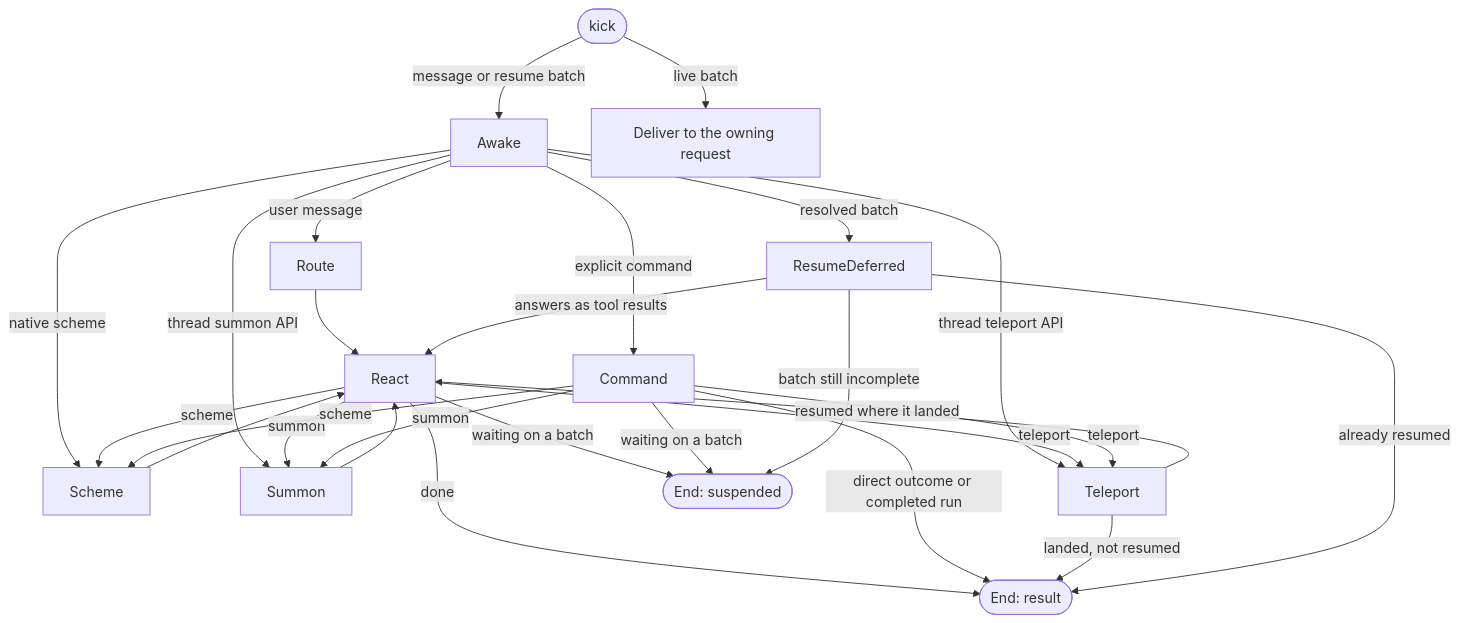
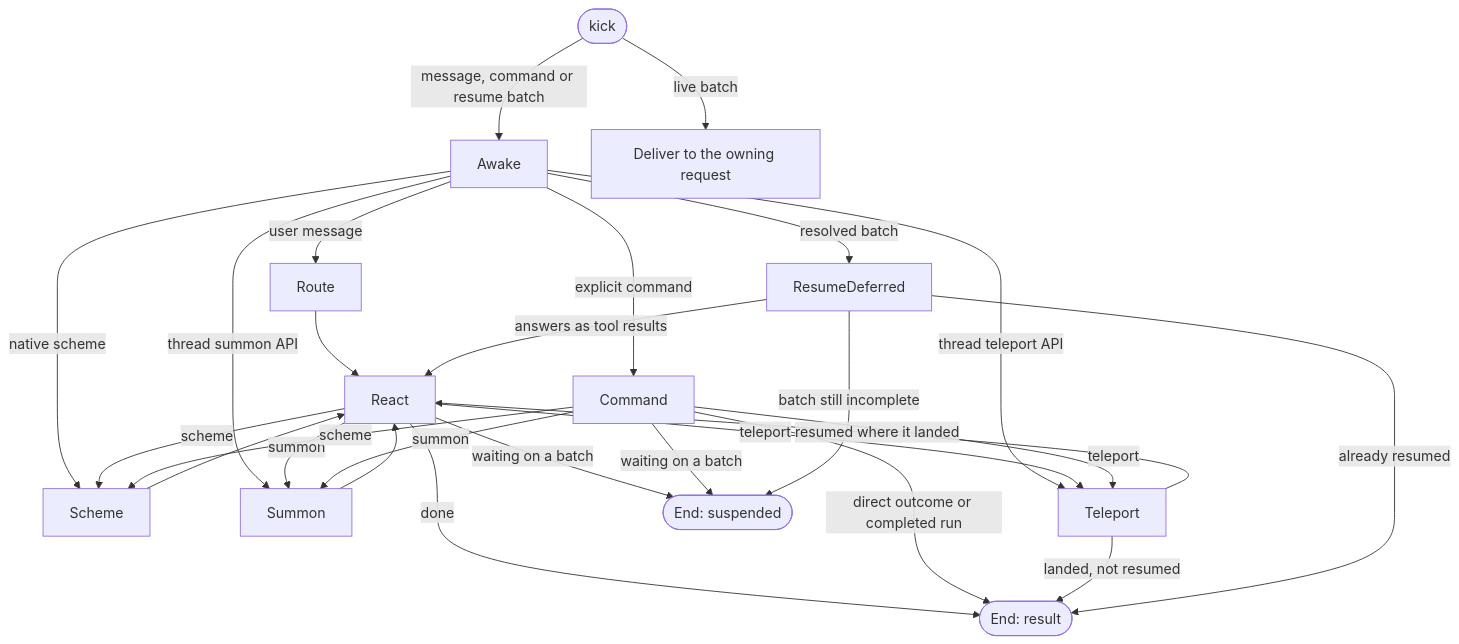
Before and after one commit to kalynnka/octomate: the diagram in docs/concepts/reflex.md, drawn with Mermaid. The commit also changed other lines of this file and 19 other files, not shown here.

````diff
--- a/docs/concepts/reflex.md
+++ b/docs/concepts/reflex.md
@@ -15,29 +15,29 @@
 ```mermaid
 flowchart TD
-  START([kick]) -->|message or resume batch| Awake
+  START([kick]) -->|message, command or resume batch| Awake
   START -->|live batch| Live[Deliver to the owning request]
   Awake -->|user message| Route
   Awake -->|explicit command| Command
   Awake -->|resolved batch| ResumeDeferred
   Awake -->|native scheme| Scheme
   Awake -->|thread summon API| Summon
   Awake -->|thread teleport API| Teleport
   Route --> React
   React -->|summon| Summon
   React -->|scheme| Scheme
   React -->|teleport| Teleport
   React -->|waiting on a batch| Deferred([End: suspended])
   React -->|done| Done([End: result])
   Command -->|direct outcome or completed run| Done
   Command -->|summon| Summon
   Command -->|scheme| Scheme
   Command -->|teleport| Teleport
   Command -->|waiting on a batch| Deferred
   Summon --> React
   Scheme --> React
   Teleport -->|resumed where it landed| React
   Teleport -->|landed, not resumed| Done
   ResumeDeferred -->|batch still incomplete| Deferred
   ResumeDeferred -->|already resumed| Done
   ResumeDeferred -->|answers as tool results| React
 ```
````
